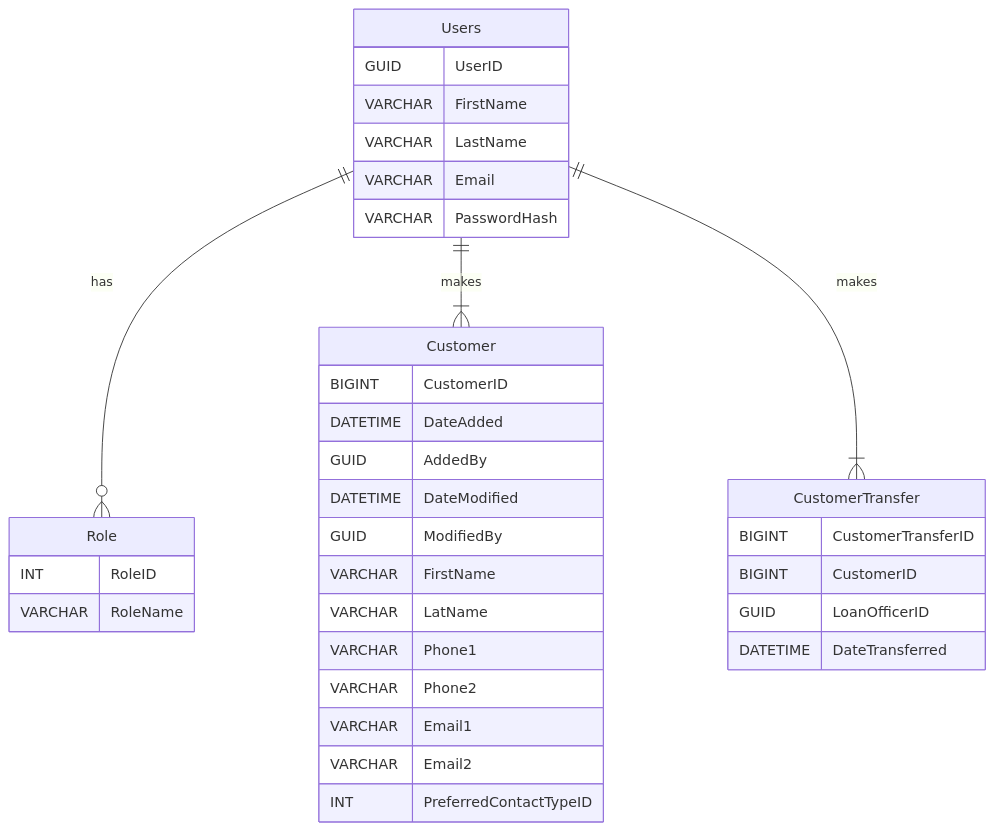
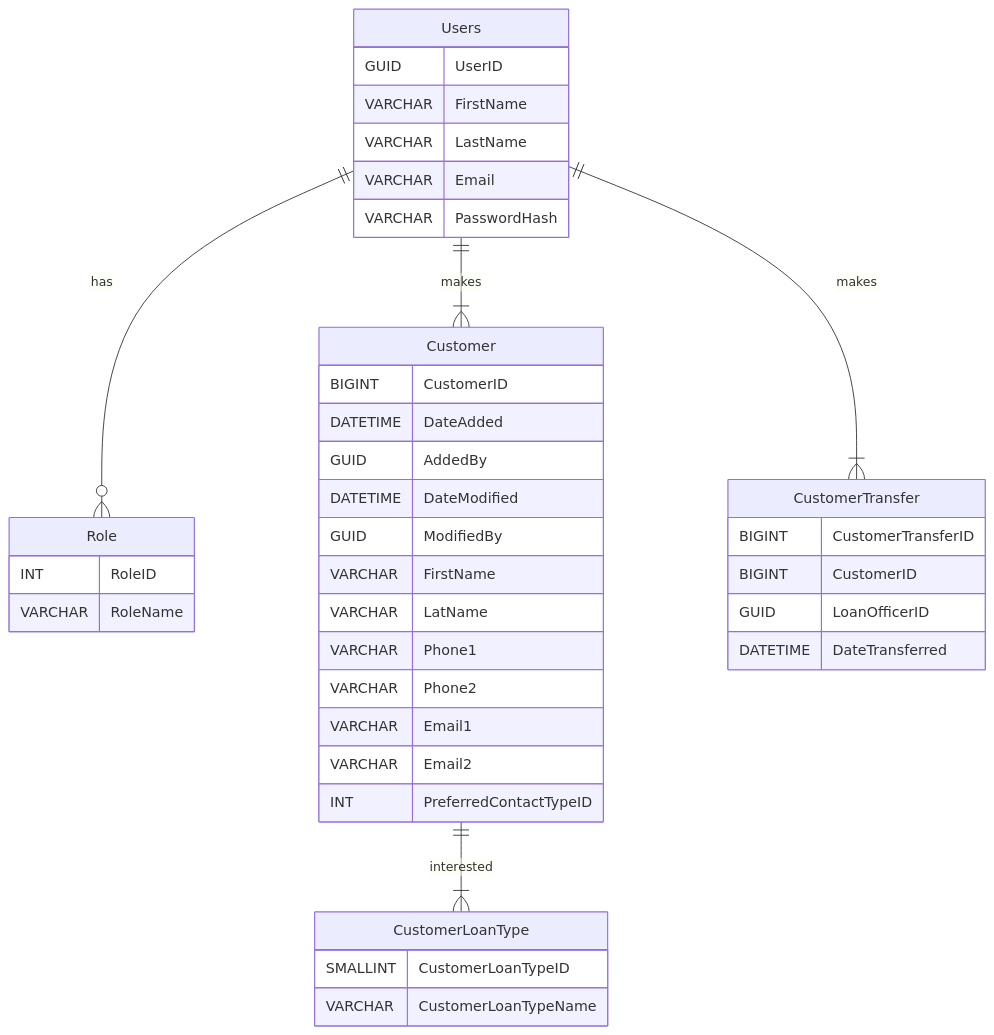
Before and after one commit to tucker87/fcma-scenario: the diagram in README.md, drawn with Mermaid.

Commit message:
Add Customer Loan Type table

````diff
--- a/README.md
+++ b/README.md
@@ -78,39 +78,44 @@
 ```mermaid
 erDiagram
 Users ||--o{ Role : has
 Users ||--|{ Customer : makes
 Users ||--|{ CustomerTransfer : makes
 Users {
     GUID UserID
     VARCHAR FirstName
     VARCHAR LastName
     VARCHAR Email
     VARCHAR PasswordHash
 }
 
 Role {
     INT RoleID
     VARCHAR RoleName
 }
 
+Customer ||--|{ CustomerLoanType : interested
 Customer {
     BIGINT CustomerID
     DATETIME DateAdded
     GUID AddedBy
     DATETIME DateModified
     GUID ModifiedBy
     VARCHAR FirstName
     VARCHAR LatName
     VARCHAR Phone1
     VARCHAR Phone2
     VARCHAR Email1
     VARCHAR Email2
     INT PreferredContactTypeID
 }
 CustomerTransfer {
     BIGINT CustomerTransferID
     BIGINT CustomerID
     GUID LoanOfficerID
     DATETIME DateTransferred
 }
+CustomerLoanType {
+    SMALLINT CustomerLoanTypeID
+    VARCHAR CustomerLoanTypeName
+}
 ```
````
